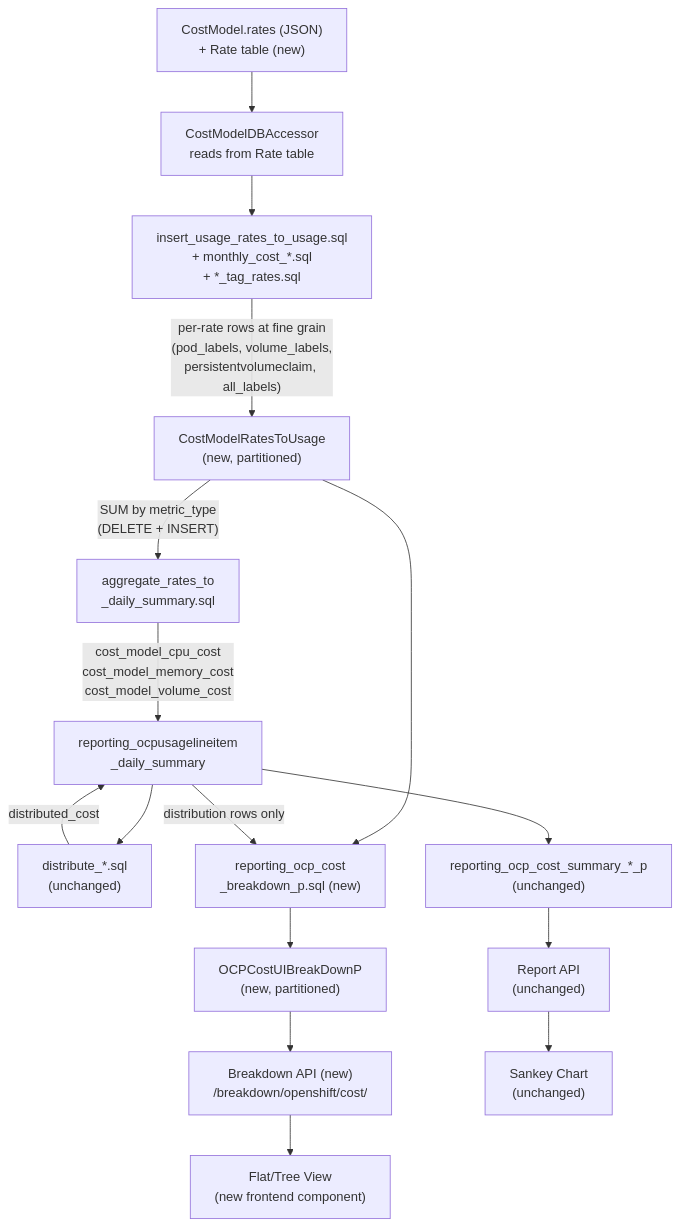
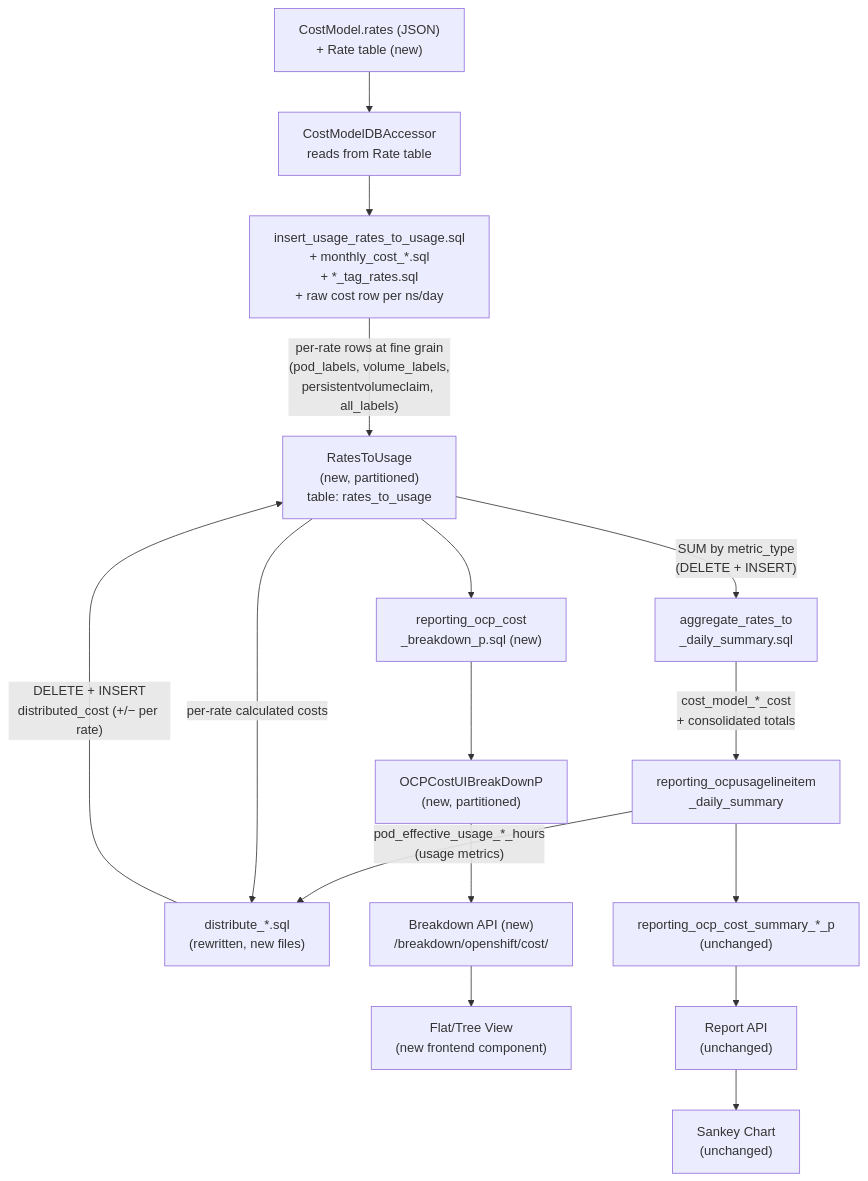
The second of 2 diagrams in docs/architecture/cost-breakdown/README.md (project-koku/koku), drawn with Mermaid before and after one commit. The commit also changed other lines of this file and 7 other files, not shown here.

First line of the commit message:
[COST-7249] Adopt IQ-9 Option 1, rename RatesToUsage, drop cost_type, extract risks

````diff
--- a/docs/architecture/cost-breakdown/README.md
+++ b/docs/architecture/cost-breakdown/README.md
@@ -617,23 +593,25 @@
 ```mermaid
 graph TD
     CM["CostModel.rates (JSON)<br/>+ Rate table (new)"] --> Accessor["CostModelDBAccessor<br/>reads from Rate table"]
 
-    Accessor --> RTU_SQL["insert_usage_rates_to_usage.sql<br/>+ monthly_cost_*.sql<br/>+ *_tag_rates.sql"]
-    RTU_SQL -->|"per-rate rows at fine grain<br/>(pod_labels, volume_labels,<br/>persistentvolumeclaim, all_labels)"| RatesToUsage["CostModelRatesToUsage<br/>(new, partitioned)"]
+    Accessor --> RTU_SQL["insert_usage_rates_to_usage.sql<br/>+ monthly_cost_*.sql<br/>+ *_tag_rates.sql<br/>+ raw cost row per ns/day"]
+    RTU_SQL -->|"per-rate rows at fine grain<br/>(pod_labels, volume_labels,<br/>persistentvolumeclaim, all_labels)"| RatesToUsage["RatesToUsage<br/>(new, partitioned)<br/>table: rates_to_usage"]
+
+    DailySummary["reporting_ocpusagelineitem<br/>_daily_summary"] -->|"pod_effective_usage_*_hours<br/>(usage metrics)"| DistSQL["distribute_*.sql<br/>(rewritten, new files)"]
+    RatesToUsage -->|"per-rate calculated costs"| DistSQL
+    DistSQL -->|"DELETE + INSERT<br/>distributed_cost (+/− per rate)"| RatesToUsage
 
     RatesToUsage -->|"SUM by metric_type<br/>(DELETE + INSERT)"| AggSQL["aggregate_rates_to<br/>_daily_summary.sql"]
-    AggSQL -->|"cost_model_cpu_cost<br/>cost_model_memory_cost<br/>cost_model_volume_cost"| DailySummary["reporting_ocpusagelineitem<br/>_daily_summary"]
+    AggSQL -->|"cost_model_*_cost<br/>+ consolidated totals"| DailySummary
 
-    DailySummary --> DistSQL["distribute_*.sql<br/>(unchanged)"]
-    DistSQL -->|"distributed_cost"| DailySummary
     DailySummary --> UISummary["reporting_ocp_cost_summary_*_p<br/>(unchanged)"]
 
     RatesToUsage --> BreakdownSQL["reporting_ocp_cost<br/>_breakdown_p.sql (new)"]
-    DailySummary -->|"distribution rows only"| BreakdownSQL
+    %% Breakdown reads from RatesToUsage only (includes distributed rows)
     BreakdownSQL --> BreakdownTable["OCPCostUIBreakDownP<br/>(new, partitioned)"]
     BreakdownTable --> BreakdownAPI["Breakdown API (new)<br/>/breakdown/openshift/cost/"]
     BreakdownAPI --> FlatTree["Flat/Tree View<br/>(new frontend component)"]
 
     UISummary --> API["Report API<br/>(unchanged)"]
     API --> Sankey["Sankey Chart<br/>(unchanged)"]
 ```
````
